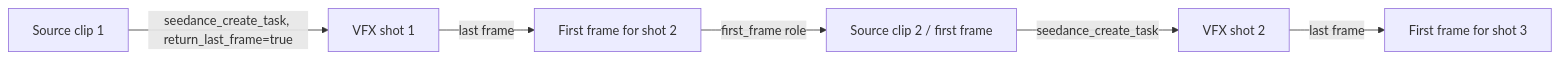
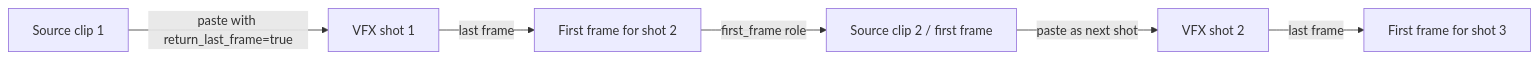
The diagram in .agents/skills/seedance-vfx-prompt/references/fidelity-and-continuity.md (byteplus-sa/seed-prompt-studio), drawn with Mermaid before and after one commit. The commit also changed 12 other files, not shown here.

````diff
--- a/.agents/skills/seedance-vfx-prompt/references/fidelity-and-continuity.md
+++ b/.agents/skills/seedance-vfx-prompt/references/fidelity-and-continuity.md
@@ -132,8 +132,8 @@
 ```mermaid
 flowchart LR
-    S1[Source clip 1] -->|seedance_create_task, return_last_frame=true| V1[VFX shot 1]
+    S1[Source clip 1] -->|paste with return_last_frame=true| V1[VFX shot 1]
     V1 -->|last frame| F1[First frame for shot 2]
     F1 -->|first_frame role| S2[Source clip 2 / first frame]
-    S2 -->|seedance_create_task| V2[VFX shot 2]
+    S2 -->|paste as next shot| V2[VFX shot 2]
     V2 -->|last frame| F2[First frame for shot 3]
 ```
````
